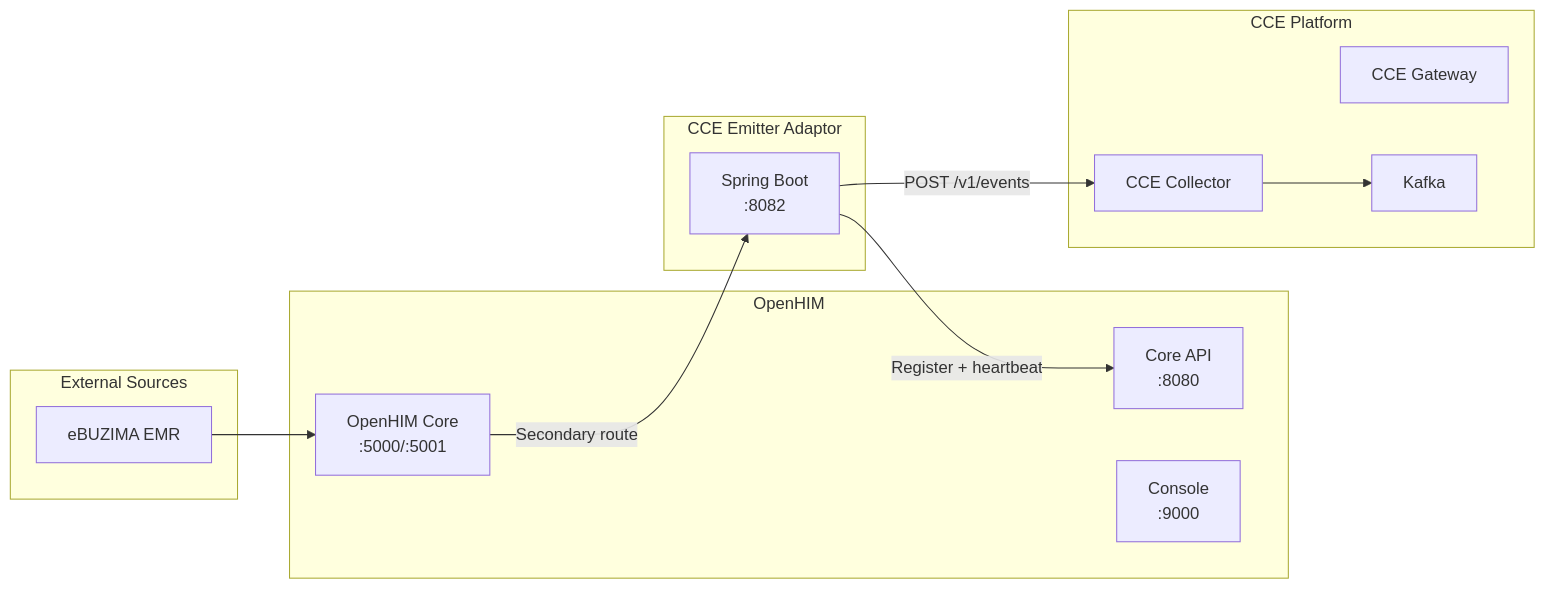
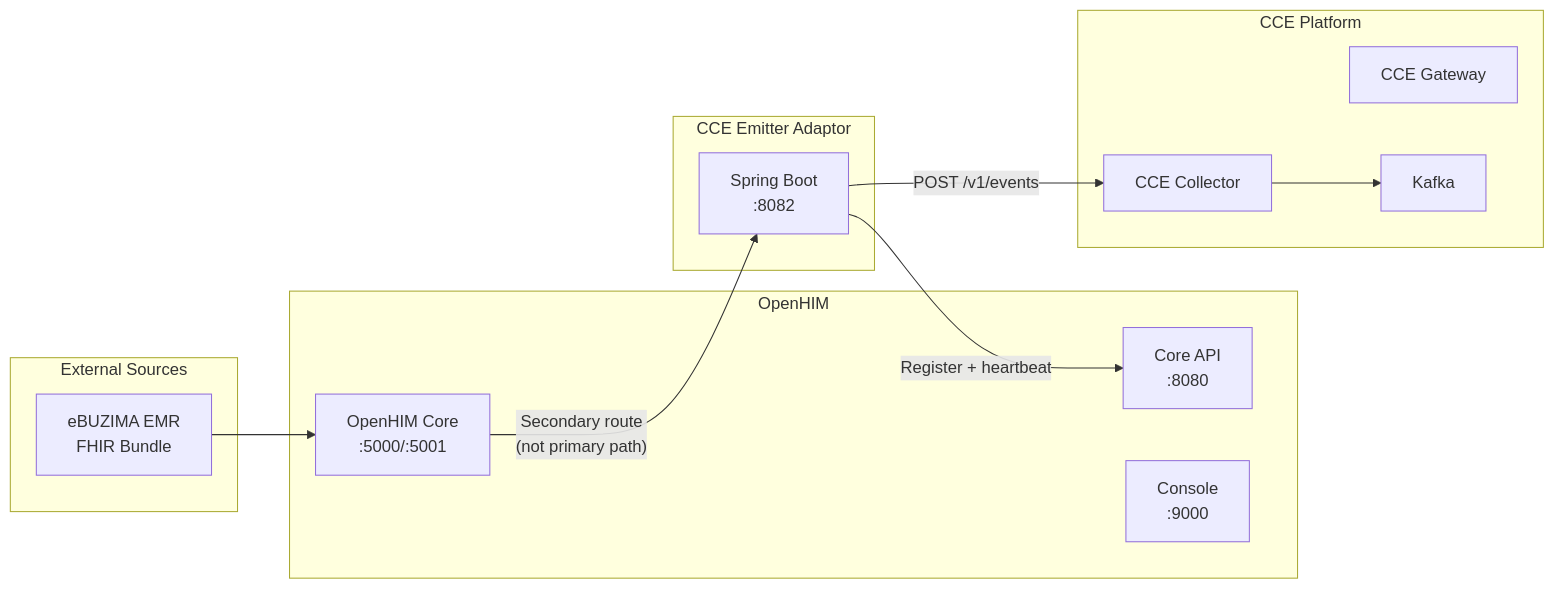
The eighth of 8 diagrams in docs/flow-diagrams.md (Jayaprakash8887/openhim-cce-emitter-adaptor), drawn with Mermaid before and after one commit. The commit also changed other lines of this file and 5 other files, not shown here.

First line of the commit message:
Address PR feedback: FHIR Bundle input, generic endpoint, no mapping

````diff
--- a/docs/flow-diagrams.md
+++ b/docs/flow-diagrams.md
@@ -299,29 +294,29 @@
 ```mermaid
 flowchart LR
     subgraph "External Sources"
-        A2[eBUZIMA EMR]
+        A2[eBUZIMA EMR<br/>FHIR Bundle]
     end
 
     subgraph "OpenHIM"
         OHC[OpenHIM Core<br/>:5000/:5001]
         OHC_API[Core API<br/>:8080]
         OHC_CON[Console<br/>:9000]
     end
 
     subgraph "CCE Emitter Adaptor"
         EA[Spring Boot<br/>:8082]
     end
 
     subgraph "CCE Platform"
         GW[CCE Gateway]
         COL[CCE Collector]
         KAFKA[Kafka]
     end
 
     A2 --> OHC
 
-    OHC -->|"Secondary route"| EA
+    OHC -->|"Secondary route<br/>(not primary path)"| EA
     EA -->|"Register + heartbeat"| OHC_API
     EA -->|"POST /v1/events"| COL
     COL --> KAFKA
 ```
````
